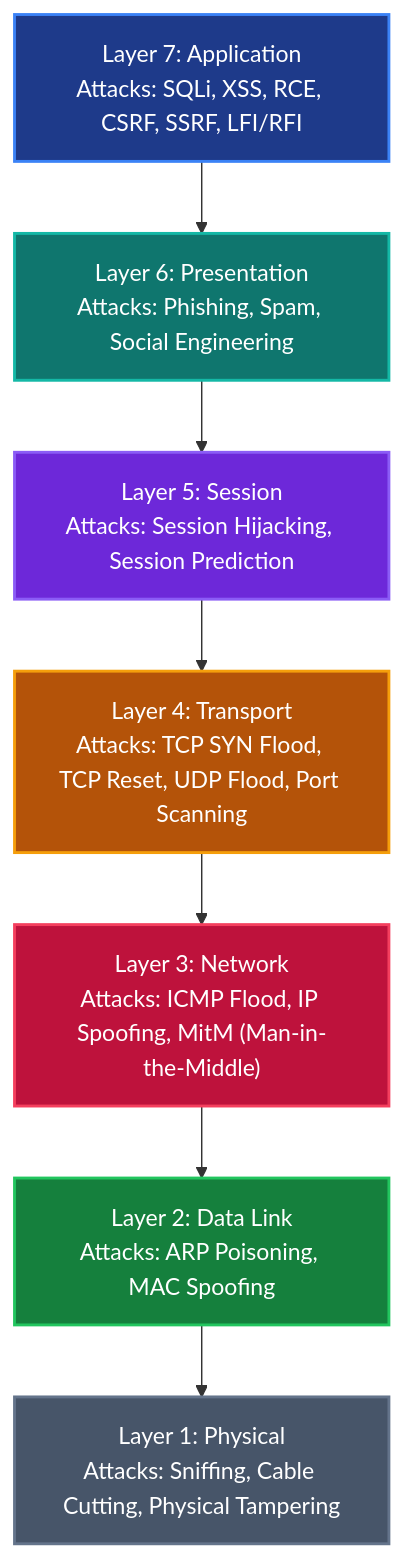
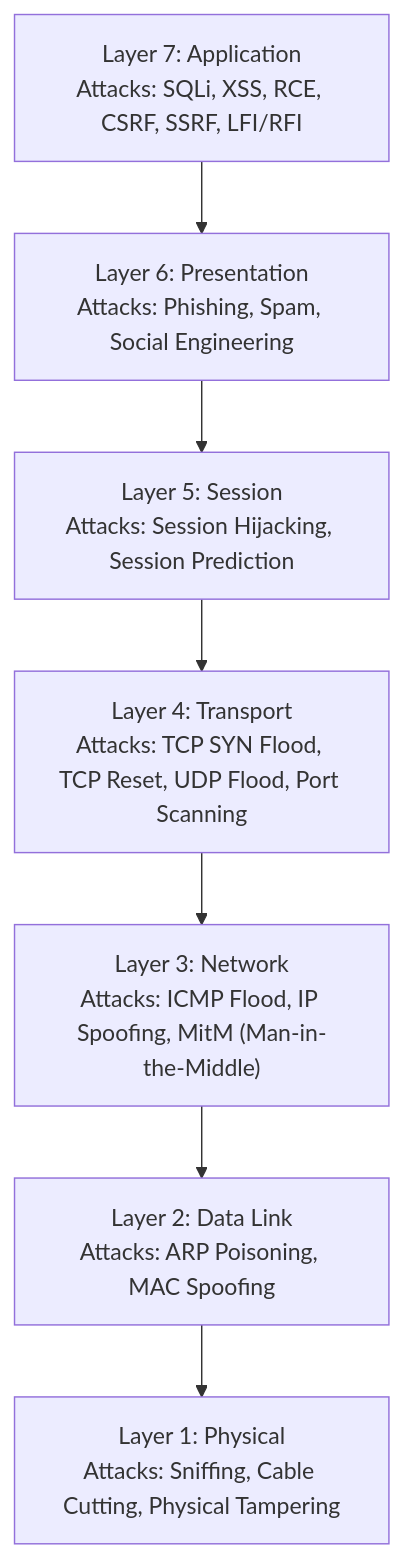
The diagram in website/content/cyberattacks-in-the-osi-model/en.md (yusufarbc/yusufarbc), drawn with Mermaid before and after one commit. The commit also changed 24 other files, not shown here.

````diff
--- a/website/content/cyberattacks-in-the-osi-model/en.md
+++ b/website/content/cyberattacks-in-the-osi-model/en.md
@@ -36,26 +36,17 @@
 ```mermaid
 graph TD
-    %% Styling
-    classDef l7 fill:#1e3a8a,stroke:#3b82f6,stroke-width:2px,color:#fff;
-    classDef l6 fill:#0f766e,stroke:#14b8a6,stroke-width:2px,color:#fff;
-    classDef l5 fill:#6d28d9,stroke:#8b5cf6,stroke-width:2px,color:#fff;
-    classDef l4 fill:#b45309,stroke:#f59e0b,stroke-width:2px,color:#fff;
-    classDef l3 fill:#be123c,stroke:#f43f5e,stroke-width:2px,color:#fff;
-    classDef l2 fill:#15803d,stroke:#22c55e,stroke-width:2px,color:#fff;
-    classDef l1 fill:#475569,stroke:#64748b,stroke-width:2px,color:#fff;
-
-    L7["Layer 7: Application<br/>Attacks: SQLi, XSS, RCE, CSRF, SSRF, LFI/RFI"]:::l7
-    L6["Layer 6: Presentation<br/>Attacks: Phishing, Spam, Social Engineering"]:::l6
-    L5["Layer 5: Session<br/>Attacks: Session Hijacking, Session Prediction"]:::l5
-    L4["Layer 4: Transport<br/>Attacks: TCP SYN Flood, TCP Reset, UDP Flood, Port Scanning"]:::l4
-    L3["Layer 3: Network<br/>Attacks: ICMP Flood, IP Spoofing, MitM (Man-in-the-Middle)"]:::l3
-    L2["Layer 2: Data Link<br/>Attacks: ARP Poisoning, MAC Spoofing"]:::l2
-    L1["Layer 1: Physical<br/>Attacks: Sniffing, Cable Cutting, Physical Tampering"]:::l1
+    L7["Layer 7: Application<br/>Attacks: SQLi, XSS, RCE, CSRF, SSRF, LFI/RFI"]
+    L6["Layer 6: Presentation<br/>Attacks: Phishing, Spam, Social Engineering"]
+    L5["Layer 5: Session<br/>Attacks: Session Hijacking, Session Prediction"]
+    L4["Layer 4: Transport<br/>Attacks: TCP SYN Flood, TCP Reset, UDP Flood, Port Scanning"]
+    L3["Layer 3: Network<br/>Attacks: ICMP Flood, IP Spoofing, MitM (Man-in-the-Middle)"]
+    L2["Layer 2: Data Link<br/>Attacks: ARP Poisoning, MAC Spoofing"]
+    L1["Layer 1: Physical<br/>Attacks: Sniffing, Cable Cutting, Physical Tampering"]
 
     L7 --> L6
     L6 --> L5
     L5 --> L4
     L4 --> L3
     L3 --> L2
     L2 --> L1
 ```
````
